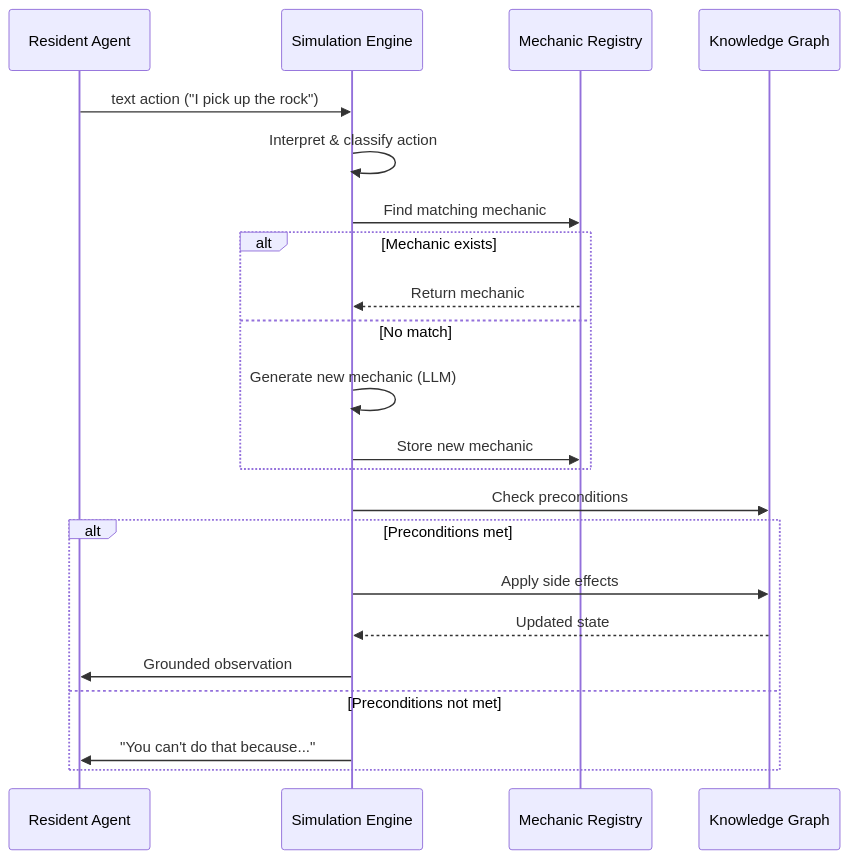
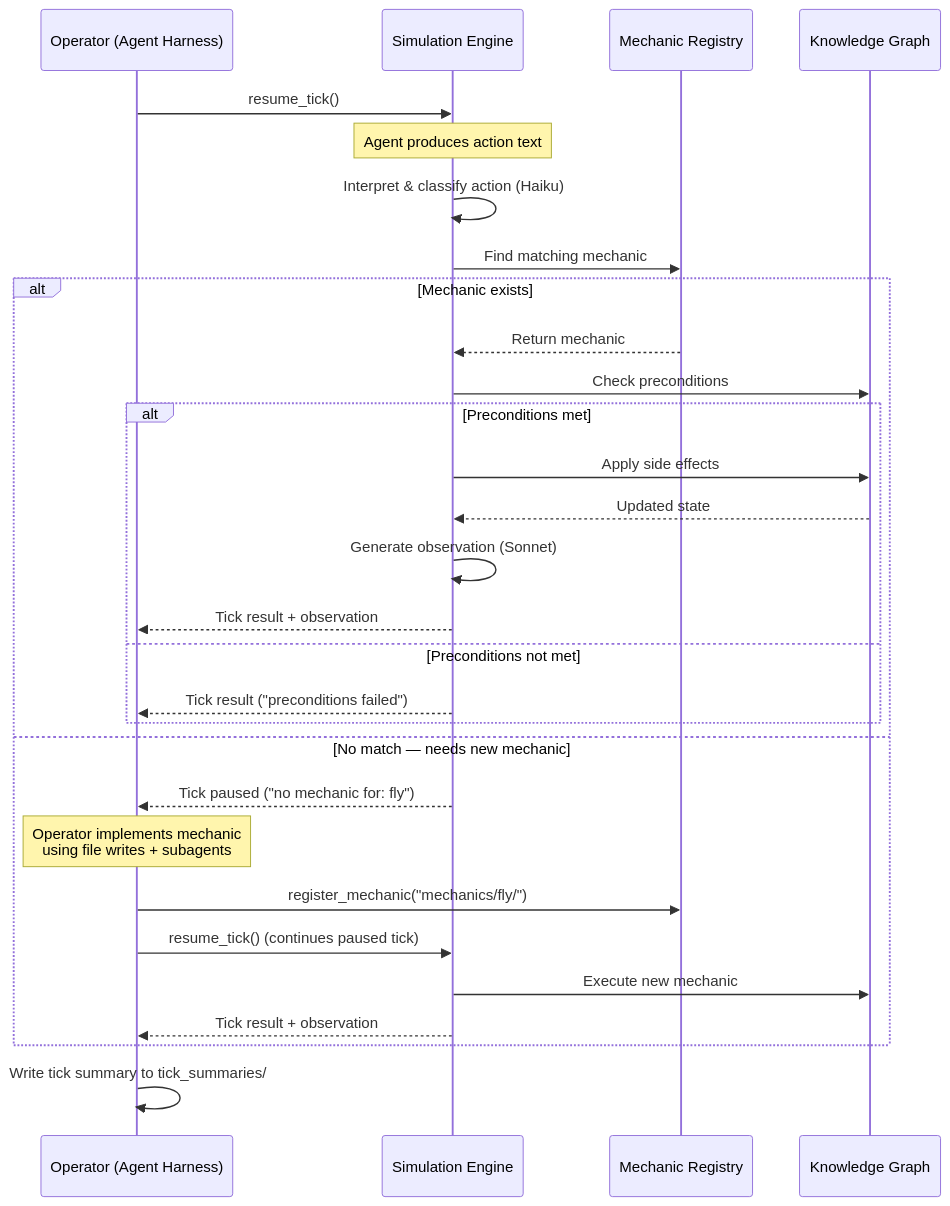
Before and after one commit to reubenjohn/token-world: the second of 3 diagrams in docs/design/architecture.md, drawn with Mermaid. The commit also changed other lines of this file and 5 other files, not shown here.

Commit message:
docs: minimal MCP tools, tick summaries, corrected architecture, 52 requirements

````diff
--- a/docs/design/architecture.md
+++ b/docs/design/architecture.md
@@ -48,25 +58,32 @@
 ```mermaid
 sequenceDiagram
-    participant A as Resident Agent
+    participant O as Operator (Agent Harness)
     participant E as Simulation Engine
     participant M as Mechanic Registry
     participant G as Knowledge Graph
 
-    A->>E: text action ("I pick up the rock")
-    E->>E: Interpret & classify action
+    O->>E: resume_tick()
+    Note over E: Agent produces action text
+    E->>E: Interpret & classify action (Haiku)
     E->>M: Find matching mechanic
     alt Mechanic exists
         M-->>E: Return mechanic
-    else No match
-        E->>E: Generate new mechanic (LLM)
-        E->>M: Store new mechanic
+        E->>G: Check preconditions
+        alt Preconditions met
+            E->>G: Apply side effects
+            G-->>E: Updated state
+            E->>E: Generate observation (Sonnet)
+            E-->>O: Tick result + observation
+        else Preconditions not met
+            E-->>O: Tick result ("preconditions failed")
+        end
+    else No match — needs new mechanic
+        E-->>O: Tick paused ("no mechanic for: fly")
+        Note over O: Operator implements mechanic<br/>using file writes + subagents
+        O->>M: register_mechanic("mechanics/fly/")
+        O->>E: resume_tick() (continues paused tick)
+        E->>G: Execute new mechanic
+        E-->>O: Tick result + observation
     end
-    E->>G: Check preconditions
-    alt Preconditions met
-        E->>G: Apply side effects
-        G-->>E: Updated state
-        E->>A: Grounded observation
-    else Preconditions not met
-        E->>A: "You can't do that because..."
-    end
+    O->>O: Write tick summary to tick_summaries/
 ```
````
